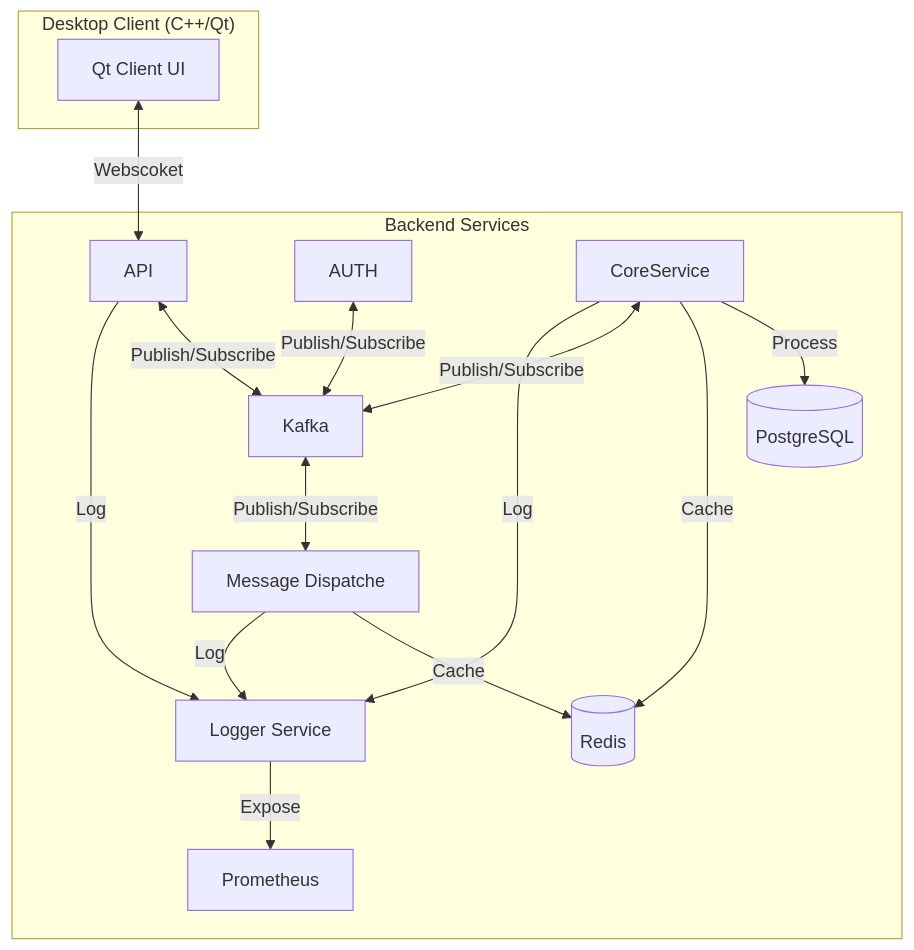
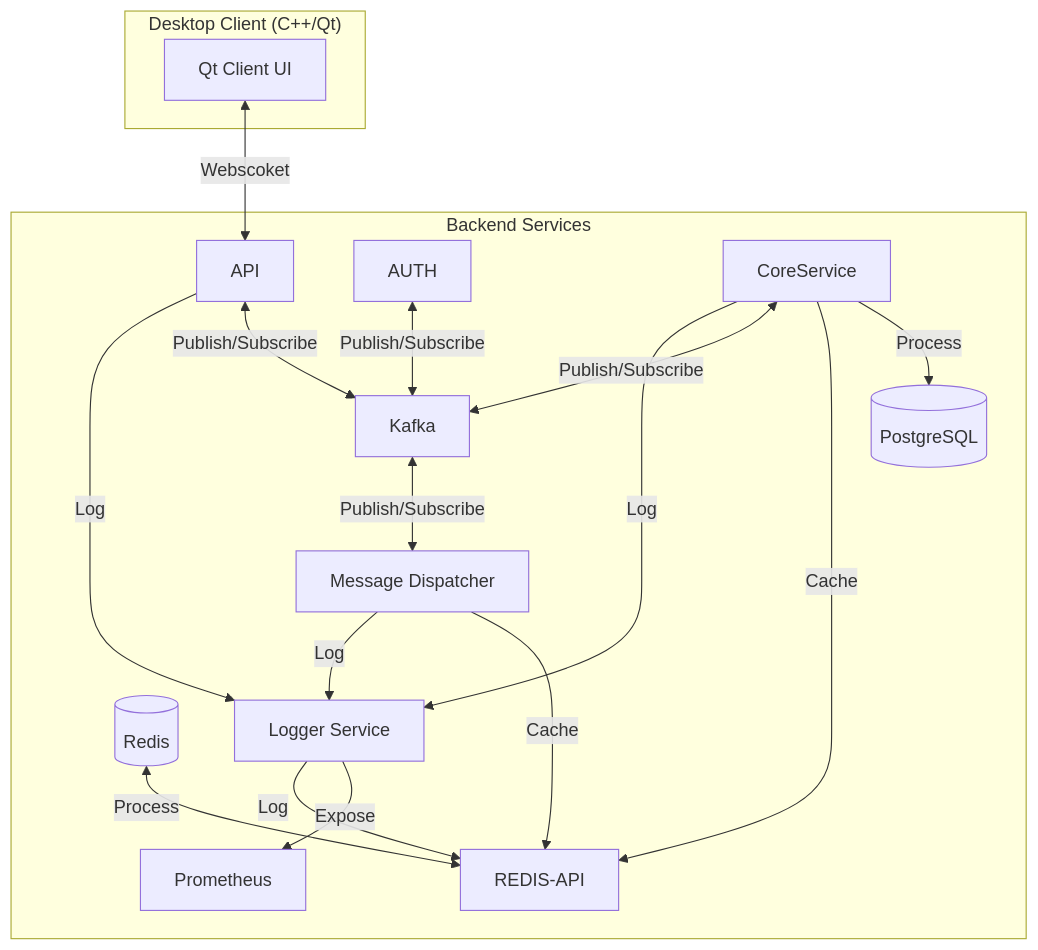
The diagram in README.md (DeanPrangenberg/Ventra-Messenger-Backend), drawn with Mermaid before and after one commit.

````diff
--- a/README.md
+++ b/README.md
@@ -10,22 +10,24 @@
 ```mermaid
 graph TD
     subgraph Client["Desktop Client (C++/Qt)"]
         UI[Qt Client UI]
     end
     
     UI <--> |Webscoket|API[API]
     
     subgraph Backend["Backend Services"]
         AUTH <-->|Publish/Subscribe| KAFKA[Kafka]
         API <-->|Publish/Subscribe| KAFKA
         CS[CoreService] -->|Process| POSTGRES[(PostgreSQL)]
-        CS -->|Cache| REDIS[(Redis)]
+        CS -->|Cache| REDISAPI[REDIS-API]
+        REDIS[(Redis)] <-->|Process| REDISAPI
         CS <-->|Publish/Subscribe| KAFKA
-        KAFKA <-->|Publish/Subscribe| MD[Message Dispatche]
-        MD -->|Cache| REDIS
+        KAFKA <-->|Publish/Subscribe| MD[Message Dispatcher]
+        MD -->|Cache| REDISAPI
         LOGGER[Logger Service] -->|Expose| PROM[Prometheus]
+        LOGGER -->|Log| REDISAPI
         API -->|Log| LOGGER
         CS -->|Log| LOGGER
         MD -->|Log| LOGGER
     end
 ```
````
